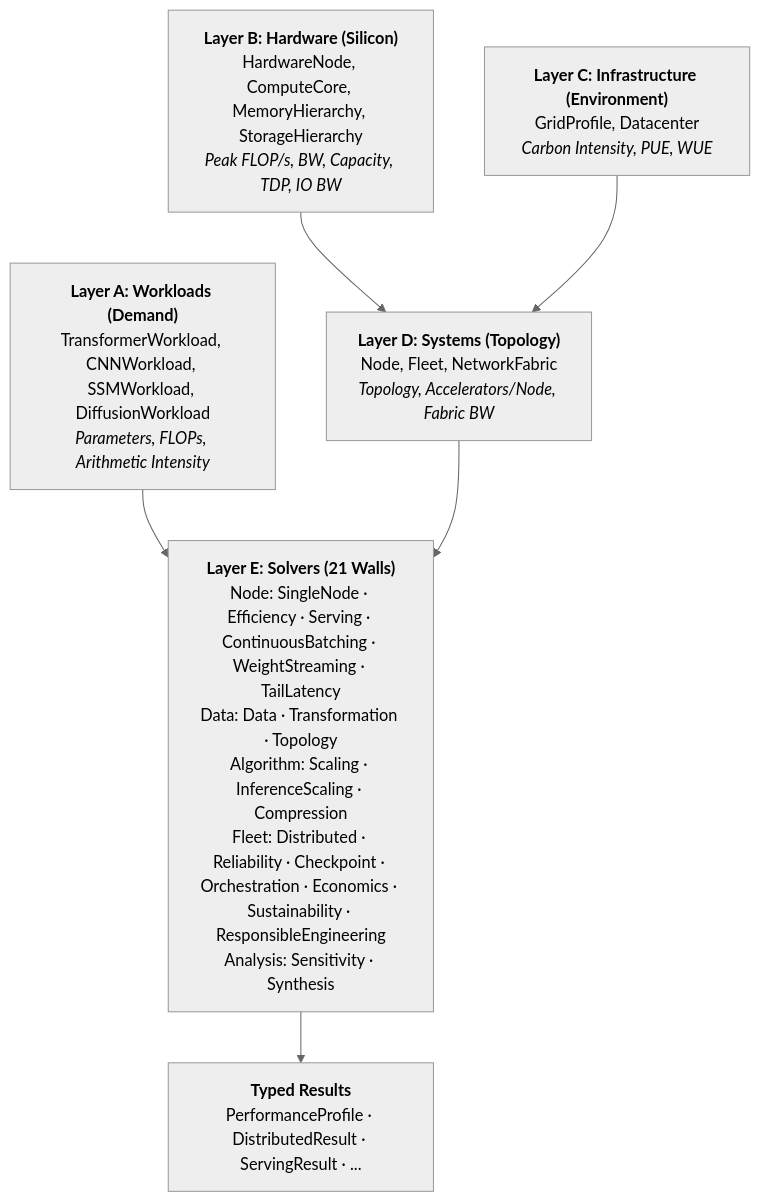
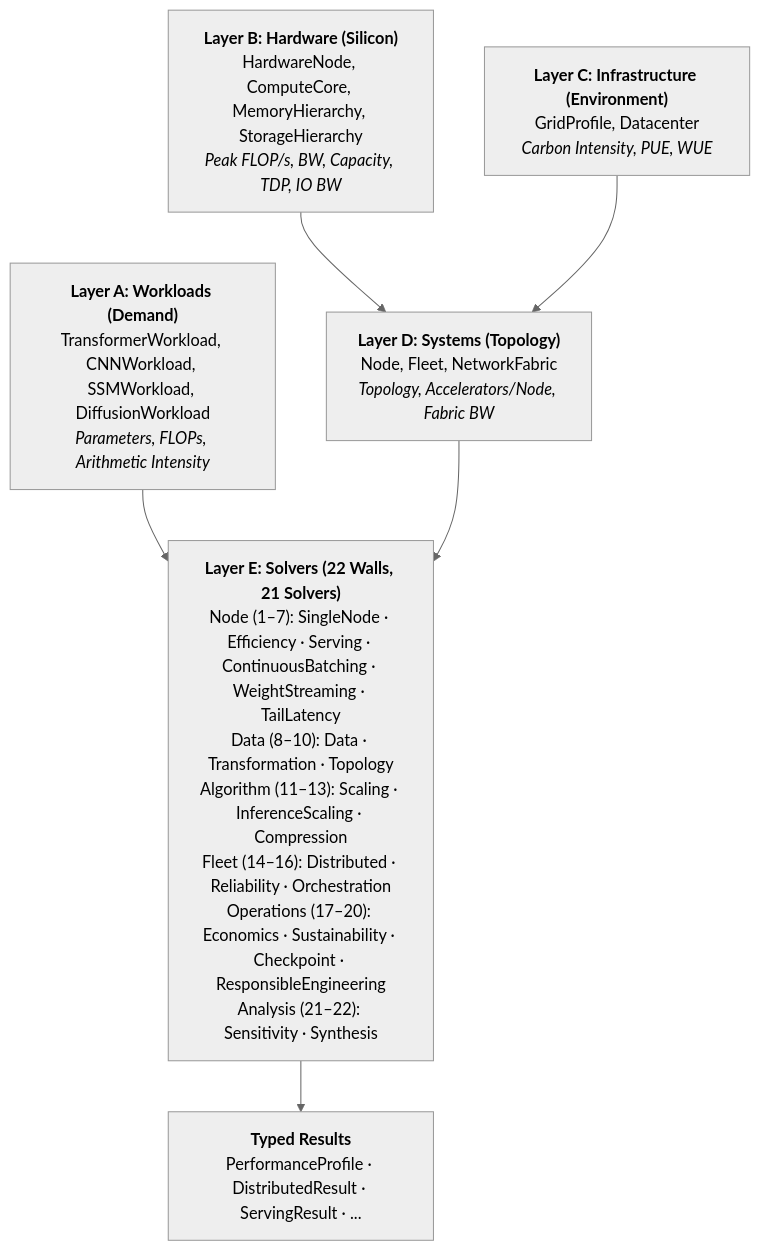
Before and after one commit to harvard-edge/cs249r_book: the diagram in mlsysim/docs/architecture.qmd, drawn with Mermaid. The commit also changed other lines of this file and 8 other files, not shown here.

````diff
--- a/mlsysim/docs/architecture.qmd
+++ b/mlsysim/docs/architecture.qmd
@@ -11,18 +17,18 @@
 ```{mermaid}
 %%{init: {'theme': 'neutral'}}%%
 %%| fig-cap: "The MLSys·im 5-Layer Stack. Workloads (demand) are lowered onto Hardware (supply) through Infrastructure and Systems layers. Solvers bridge demand and supply to produce analytical profiles."
 %%| fig-width: 100%
 flowchart TB
     A["<b>Layer A: Workloads (Demand)</b><br/>TransformerWorkload, CNNWorkload, SSMWorkload, DiffusionWorkload<br/><i>Parameters, FLOPs, Arithmetic Intensity</i>"]
     B["<b>Layer B: Hardware (Silicon)</b><br/>HardwareNode, ComputeCore, MemoryHierarchy, StorageHierarchy<br/><i>Peak FLOP/s, BW, Capacity, TDP, IO BW</i>"]
     C["<b>Layer C: Infrastructure (Environment)</b><br/>GridProfile, Datacenter<br/><i>Carbon Intensity, PUE, WUE</i>"]
     D["<b>Layer D: Systems (Topology)</b><br/>Node, Fleet, NetworkFabric<br/><i>Topology, Accelerators/Node, Fabric BW</i>"]
-    E["<b>Layer E: Solvers (21 Walls)</b><br/>Node: SingleNode · Efficiency · Serving · ContinuousBatching · WeightStreaming · TailLatency<br/>Data: Data · Transformation · Topology<br/>Algorithm: Scaling · InferenceScaling · Compression<br/>Fleet: Distributed · Reliability · Checkpoint · Orchestration · Economics · Sustainability · ResponsibleEngineering<br/>Analysis: Sensitivity · Synthesis"]
+    E["<b>Layer E: Solvers (22 Walls, 21 Solvers)</b><br/>Node (1–7): SingleNode · Efficiency · Serving · ContinuousBatching · WeightStreaming · TailLatency<br/>Data (8–10): Data · Transformation · Topology<br/>Algorithm (11–13): Scaling · InferenceScaling · Compression<br/>Fleet (14–16): Distributed · Reliability · Orchestration<br/>Operations (17–20): Economics · Sustainability · Checkpoint · ResponsibleEngineering<br/>Analysis (21–22): Sensitivity · Synthesis"]
     F["<b>Typed Results</b><br/>PerformanceProfile · DistributedResult · ServingResult · ..."]
 
     A --> E
     B --> D
     C --> D
     D --> E
     E --> F
 ```
````
